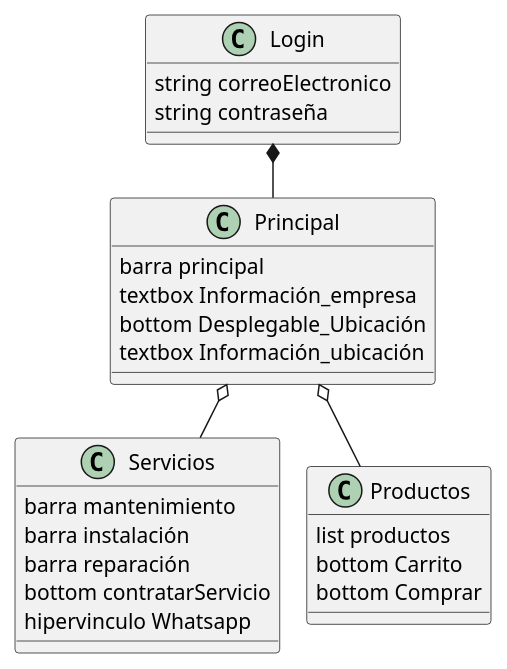
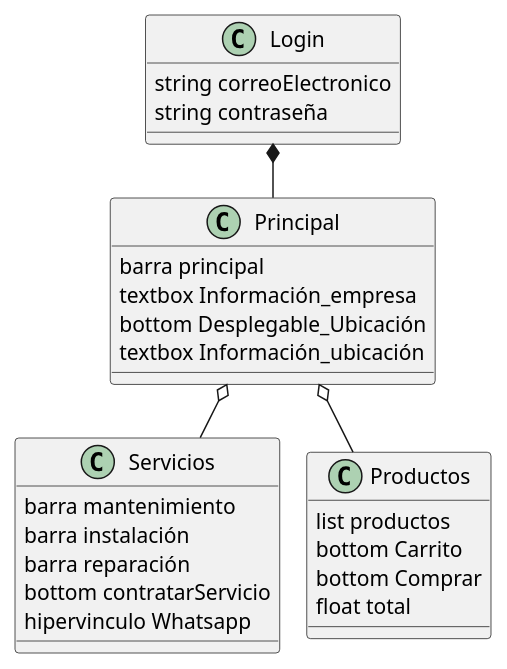
One commit to chonchekill/FerreGas changed the diagram in Clases.puml. Above: the diagram before and after it, drawn with PlantUML.

```diff
--- a/Clases.puml
+++ b/Clases.puml
@@ -1,45 +1,46 @@
 @startuml
 
 !pragma layout smetana
 
 class Login{
 
     string correoElectronico
     string contraseña
 
 }
 
 class Principal{
 
     barra principal
     textbox Información_empresa
     bottom Desplegable_Ubicación
     textbox Información_ubicación
 
 
 
 }
 
 class Servicios{
 
     barra mantenimiento
     barra instalación
     barra reparación
     bottom contratarServicio
     hipervinculo Whatsapp
 }
 
 Class Productos{
 
     list productos
     bottom Carrito
     bottom Comprar
+    float total
 
 }
 
 
 Login *-- Principal
 Principal o-- Servicios
 Principal o-- Productos
 
 @enduml
```
